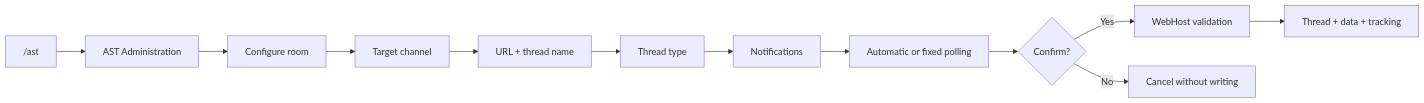
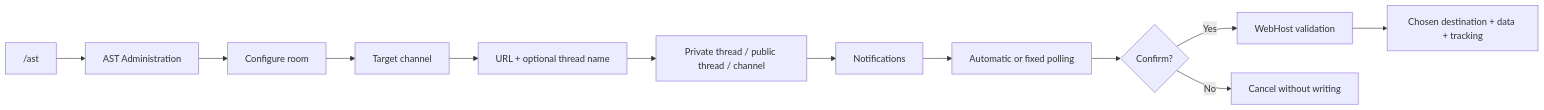
The first of 6 diagrams in wiki/Room-tracking.md (Etsuna/ArchipelagoSphereTracker), drawn with Mermaid before and after one commit. The commit also changed other lines of this file and 20 other files, not shown here.

First line of the commit message:
Support direct-channel room tracking

````diff
--- a/wiki/Room-tracking.md
+++ b/wiki/Room-tracking.md
@@ -20,14 +20,14 @@
 ```mermaid
 flowchart LR
     A["/ast"] --> B["AST Administration"]
     B --> C["Configure room"]
     C --> D["Target channel"]
-    D --> E["URL + thread name"]
-    E --> F["Thread type"]
+    D --> E["URL + optional thread name"]
+    E --> F["Private thread / public thread / channel"]
     F --> G["Notifications"]
     G --> H["Automatic or fixed polling"]
     H --> I{"Confirm?"}
     I -->|Yes| J["WebHost validation"]
-    J --> K["Thread + data + tracking"]
+    J --> K["Chosen destination + data + tracking"]
     I -->|No| L["Cancel without writing"]
 ```
````
